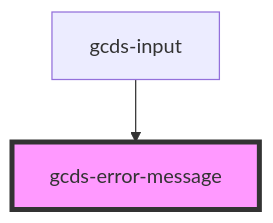
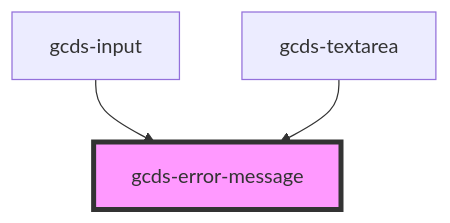
The diagram in src/components/gcds-error-message/readme.md (cds-snc/gcds-components), drawn with Mermaid before and after one commit. The commit also changed other lines of this file and 8 other files, not shown here.

````diff
--- a/src/components/gcds-error-message/readme.md
+++ b/src/components/gcds-error-message/readme.md
@@ -23,5 +24,6 @@
 ```mermaid
 graph TD;
   gcds-input --> gcds-error-message
+  gcds-textarea --> gcds-error-message
   style gcds-error-message fill:#f9f,stroke:#333,stroke-width:4px
 ```
````
